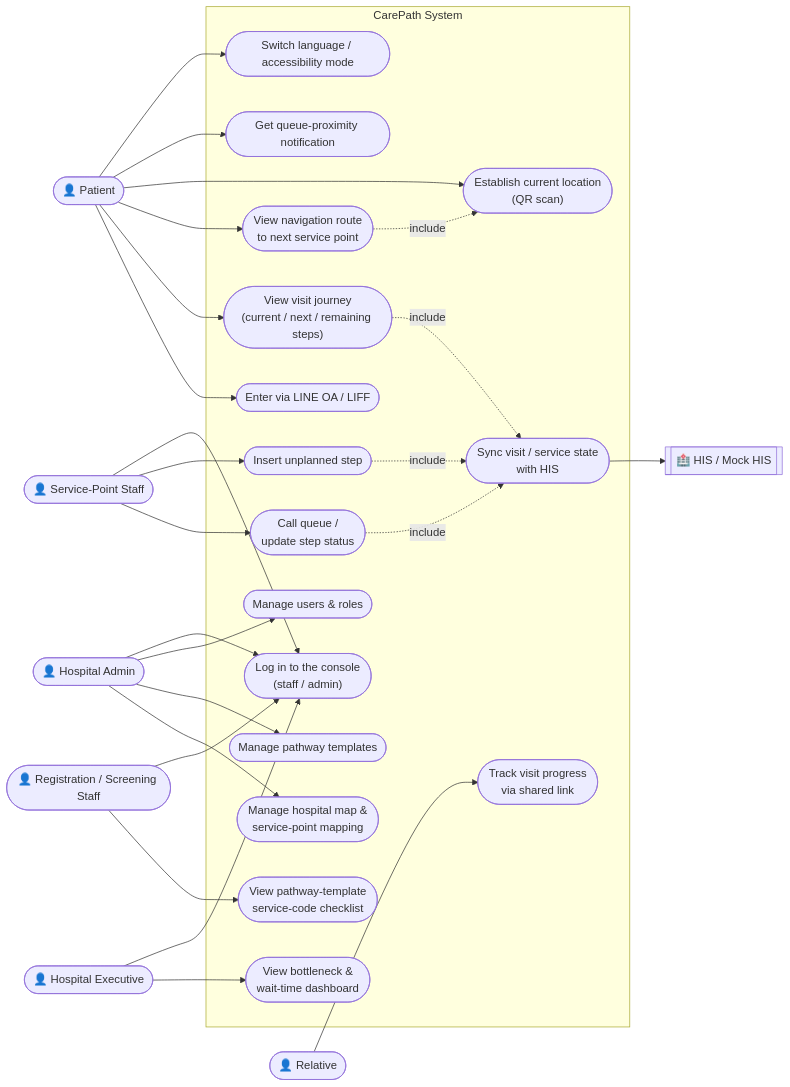
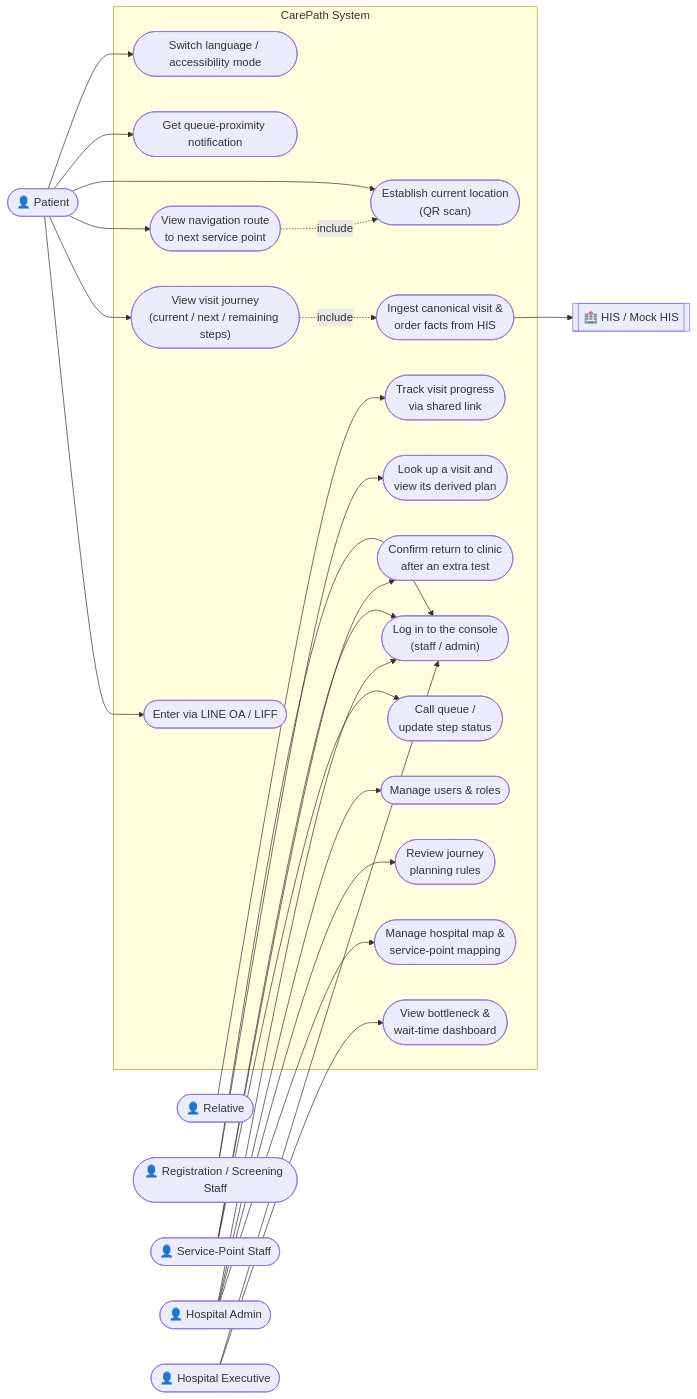
One commit to somprasongd/carepath changed the diagram in docs/requirements/use-case-diagram.md. Above: the diagram before and after it, drawn with Mermaid. The commit also changed other lines of this file and 6 other files, not shown here.

````diff
--- a/docs/requirements/use-case-diagram.md
+++ b/docs/requirements/use-case-diagram.md
@@ -5,54 +5,52 @@
 ```mermaid
 flowchart LR
     Patient(["👤 Patient"])
     Relative(["👤 Relative"])
     RegStaff(["👤 Registration / Screening Staff"])
     SPStaff(["👤 Service-Point Staff"])
     Admin(["👤 Hospital Admin"])
     Exec(["👤 Hospital Executive"])
     HIS[["🏥 HIS / Mock HIS"]]
 
     subgraph CarePath["CarePath System"]
         UC1(["Enter via LINE OA / LIFF"])
         UC2(["View visit journey<br/>(current / next / remaining steps)"])
         UC3(["View navigation route<br/>to next service point"])
         UC4(["Establish current location<br/>(QR scan)"])
         UC5(["Get queue-proximity notification"])
         UC6(["Switch language / accessibility mode"])
         UC7(["Track visit progress<br/>via shared link"])
-        UC8(["View pathway-template<br/>service-code checklist"])
+        UC8(["Look up a visit and<br/>view its derived plan"])
         UC9(["Call queue /<br/>update step status"])
-        UC10(["Insert unplanned step"])
+        UC10(["Confirm return to clinic<br/>after an extra test"])
         UC11(["Manage hospital map &amp;<br/>service-point mapping"])
-        UC12(["Manage pathway templates"])
+        UC12(["Review journey<br/>planning rules"])
         UC13(["Manage users &amp; roles"])
         UC14(["View bottleneck &amp;<br/>wait-time dashboard"])
-        UC15(["Sync visit / service state<br/>with HIS"])
+        UC15(["Ingest canonical visit &amp;<br/>order facts from HIS"])
         UC16(["Log in to the console<br/>(staff / admin)"])
     end
 
     Patient --> UC1
     Patient --> UC2
     Patient --> UC3
     Patient --> UC4
     Patient --> UC5
     Patient --> UC6
     Relative --> UC7
     RegStaff --> UC8
     RegStaff --> UC16
     SPStaff --> UC9
     SPStaff --> UC10
     SPStaff --> UC16
     Admin --> UC11
     Admin --> UC12
     Admin --> UC13
     Admin --> UC16
     Exec --> UC14
     Exec --> UC16
 
     UC3 -. include .-> UC4
     UC2 -. include .-> UC15
-    UC9 -. include .-> UC15
-    UC10 -. include .-> UC15
     UC15 --> HIS
 ```
````
